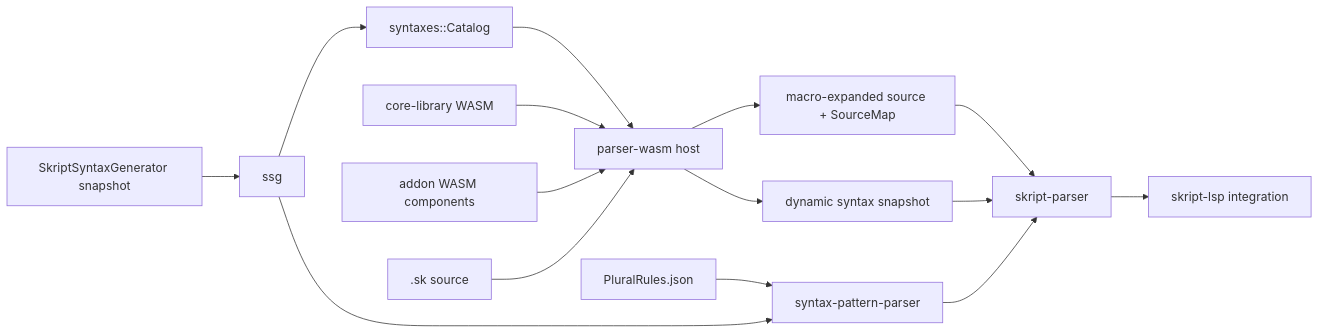
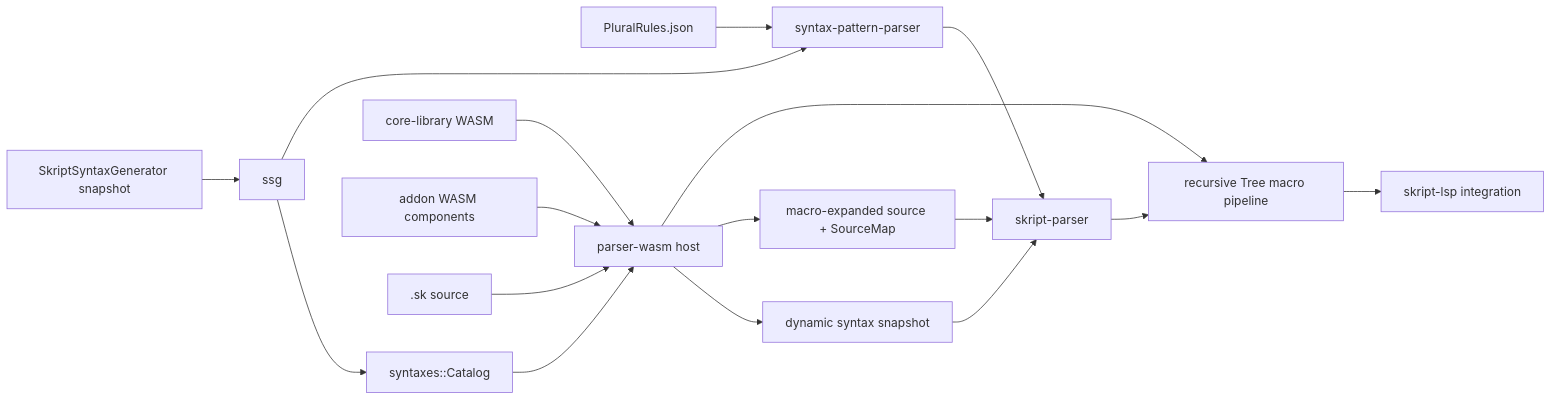
The diagram in README.md (nlaocs/Skript-LSP), drawn with Mermaid before and after one commit. The commit also changed other lines of this file and 27 other files, not shown here.

Commit message:
feat(skript-parser): implement recursive tree macros

````diff
--- a/README.md
+++ b/README.md
@@ -25,17 +25,19 @@
 ```mermaid
 flowchart LR
     SSG["SkriptSyntaxGenerator snapshot"] --> Loader["ssg"]
     Loader --> Catalog["syntaxes::Catalog"]
     Rules["PluralRules.json"] --> Patterns["syntax-pattern-parser"]
     Loader --> Patterns
     Catalog --> Host["parser-wasm host"]
     Core["core-library WASM"] --> Host
     Addons["addon WASM components"] --> Host
     Host --> Dynamic["dynamic syntax snapshot"]
     Source[".sk source"] --> Host
     Host --> Expanded["macro-expanded source + SourceMap"]
     Expanded --> Parser["skript-parser"]
-    Parser --> LSP["skript-lsp integration"]
+    Parser --> Tree["recursive Tree macro pipeline"]
+    Host --> Tree
+    Tree --> LSP["skript-lsp integration"]
     Dynamic --> Parser
     Patterns --> Parser
 ```
````
